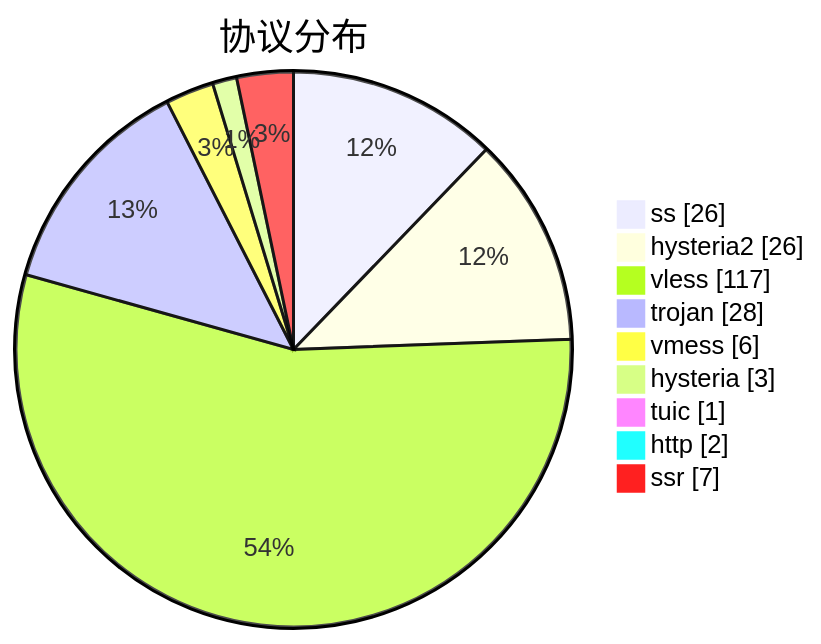
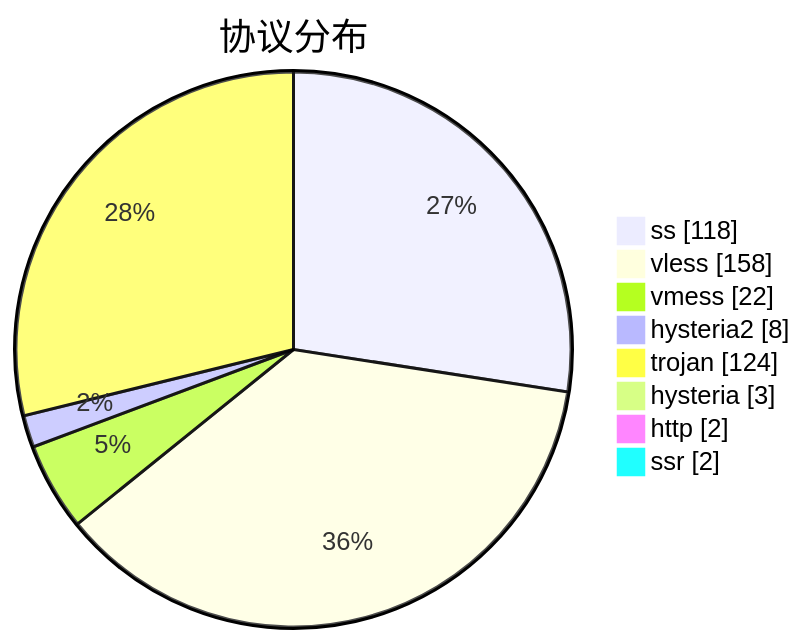
The third of 3 diagrams in subs/statistics/tested_within.md (sinspired/airport), drawn with Mermaid before and after one commit. The commit also changed other lines of this file and 2 other files, not shown here.

````diff
--- a/subs/statistics/tested_within.md
+++ b/subs/statistics/tested_within.md
@@ -39,13 +62,12 @@
 ```mermaid
 pie showData
 title 协议分布
-"ss" : 26
-"hysteria2" : 26
-"vless" : 117
-"trojan" : 28
-"vmess" : 6
+"ss" : 118
+"vless" : 158
+"vmess" : 22
+"hysteria2" : 8
+"trojan" : 124
 "hysteria" : 3
-"tuic" : 1
 "http" : 2
-"ssr" : 7
+"ssr" : 2
 ```
````
